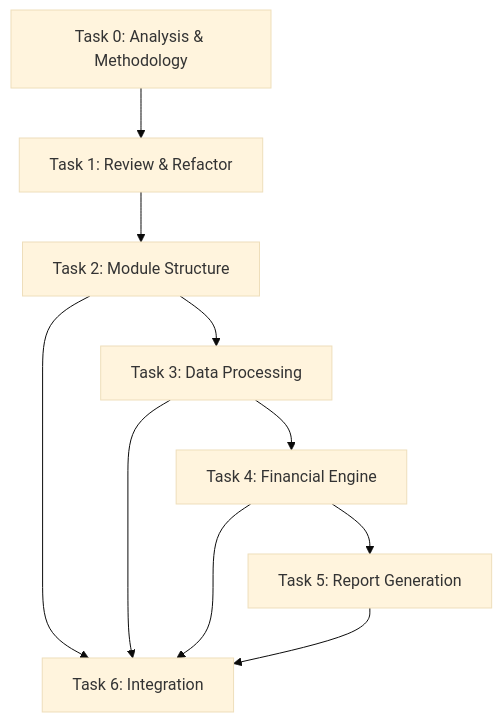
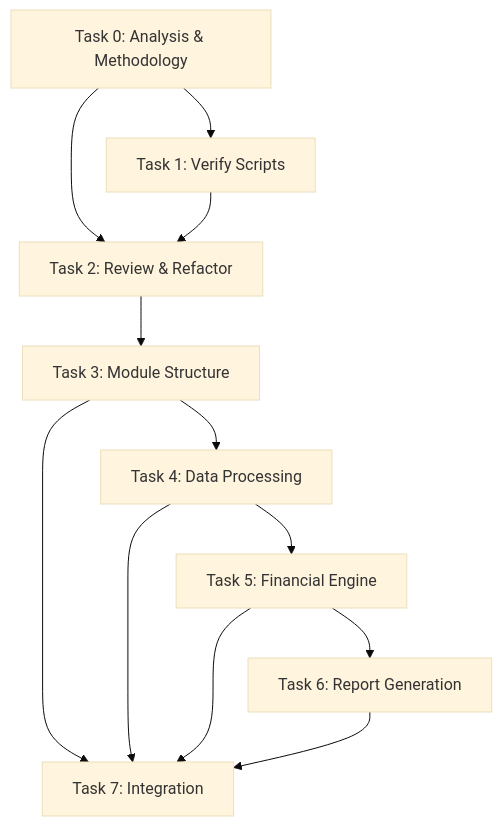
The diagram in specs/modules/bsee/financial-analysis-sme-code/tasks.md (vamseeachanta/worldenergydata), drawn with Mermaid (base theme) before and after one commit. The commit also changed other lines of this file and 16 other files, not shown here.

First line of the commit message:
refactor: Clean up financial-analysis-sme-code spec and update data refresh

````diff
--- a/specs/modules/bsee/financial-analysis-sme-code/tasks.md
+++ b/specs/modules/bsee/financial-analysis-sme-code/tasks.md
@@ -132,12 +166,14 @@
 ```mermaid
 graph TD
-    T0[Task 0: Analysis & Methodology] --> T1[Task 1: Review & Refactor]
-    T1 --> T2[Task 2: Module Structure]
-    T2 --> T3[Task 3: Data Processing]
-    T3 --> T4[Task 4: Financial Engine]
-    T4 --> T5[Task 5: Report Generation]
-    T2 --> T6[Task 6: Integration]
-    T3 --> T6
-    T4 --> T6
-    T5 --> T6
+    T0[Task 0: Analysis & Methodology] --> T1[Task 1: Verify Scripts]
+    T0 --> T2[Task 2: Review & Refactor]
+    T1 --> T2
+    T2 --> T3[Task 3: Module Structure]
+    T3 --> T4[Task 4: Data Processing]
+    T4 --> T5[Task 5: Financial Engine]
+    T5 --> T6[Task 6: Report Generation]
+    T3 --> T7[Task 7: Integration]
+    T4 --> T7
+    T5 --> T7
+    T6 --> T7
 ```
````
